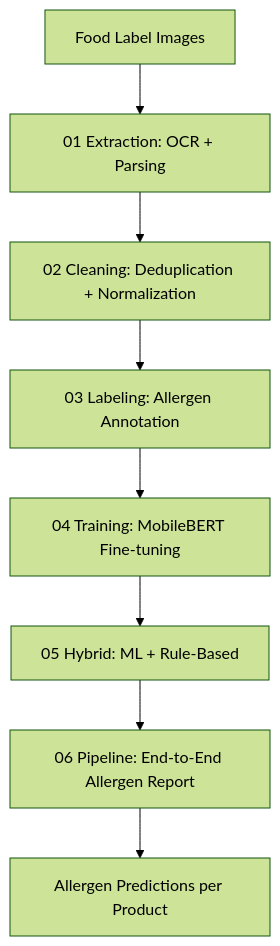
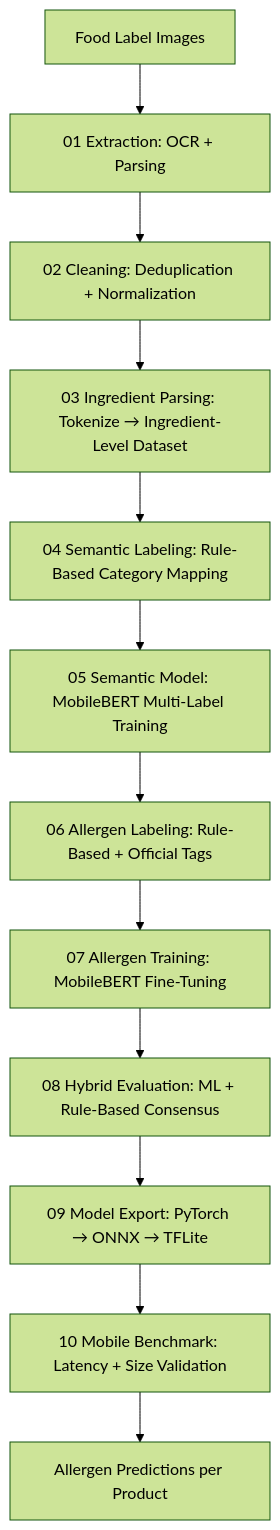
Before and after one commit to AngelChaos777/ai-based-ingredient-interpretation: the diagram in README.md, drawn with Mermaid (forest theme). The commit also changed other lines of this file and 20 other files, not shown here.

Commit message:
Refactor evaluation and model utilities; add semantic classification module

````diff
--- a/README.md
+++ b/README.md
@@ -127,10 +154,14 @@
 ```mermaid
 flowchart TD
     A[Food Label Images] --> B[01 Extraction: OCR + Parsing]
     B --> C[02 Cleaning: Deduplication + Normalization]
-    C --> D[03 Labeling: Allergen Annotation]
-    D --> E[04 Training: MobileBERT Fine‑tuning]
-    E --> F[05 Hybrid: ML + Rule‑Based]
-    F --> G[06 Pipeline: End‑to‑End Allergen Report]
-    G --> H[Allergen Predictions per Product]
+    C --> D[03 Ingredient Parsing: Tokenize → Ingredient-Level Dataset]
+    D --> E[04 Semantic Labeling: Rule-Based Category Mapping]
+    E --> F[05 Semantic Model: MobileBERT Multi-Label Training]
+    F --> G[06 Allergen Labeling: Rule-Based + Official Tags]
+    G --> H[07 Allergen Training: MobileBERT Fine-Tuning]
+    H --> I[08 Hybrid Evaluation: ML + Rule-Based Consensus]
+    I --> J[09 Model Export: PyTorch → ONNX → TFLite]
+    J --> K[10 Mobile Benchmark: Latency + Size Validation]
+    K --> L[Allergen Predictions per Product]
 ```
````
